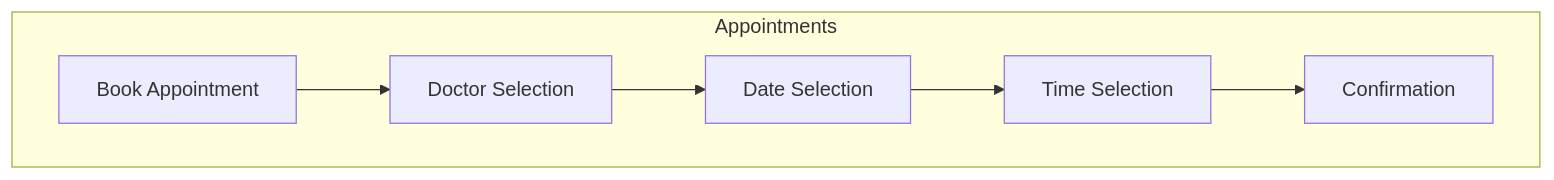
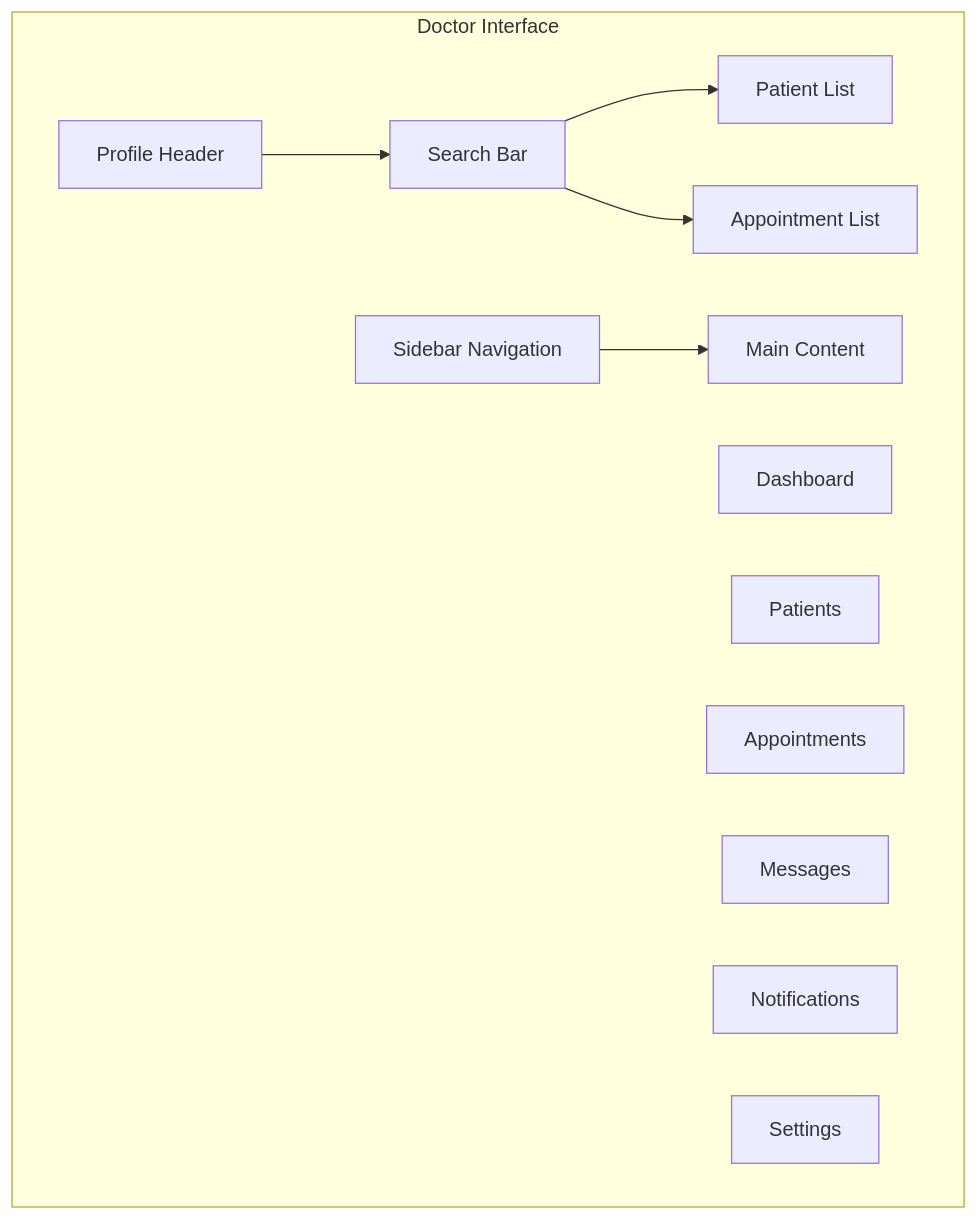
One commit to Vaniahchristian/eczema-diagnosis-advisory changed the seventh of 7 diagrams in SDD.md. Above: the diagram before and after it, drawn with Mermaid. The commit also changed other lines of this file and 7 other files, not shown here.

````diff
--- a/SDD.md
+++ b/SDD.md
@@ -544,9 +485,15 @@
 ```mermaid
 graph TD
-    subgraph Appointments
-        A[Book Appointment] --> B[Doctor Selection]
-        B --> C[Date Selection]
-        C --> D[Time Selection]
-        D --> E[Confirmation]
+    subgraph Doctor Interface
+        A[Profile Header] --> B[Search Bar]
+        B --> C[Patient List]
+        B --> D[Appointment List]
+        E[Sidebar Navigation] --> F[Main Content]
+        F1[Dashboard]
+        F2[Patients]
+        F3[Appointments]
+        F4[Messages]
+        F5[Notifications]
+        F6[Settings]
     end
 ```
````
